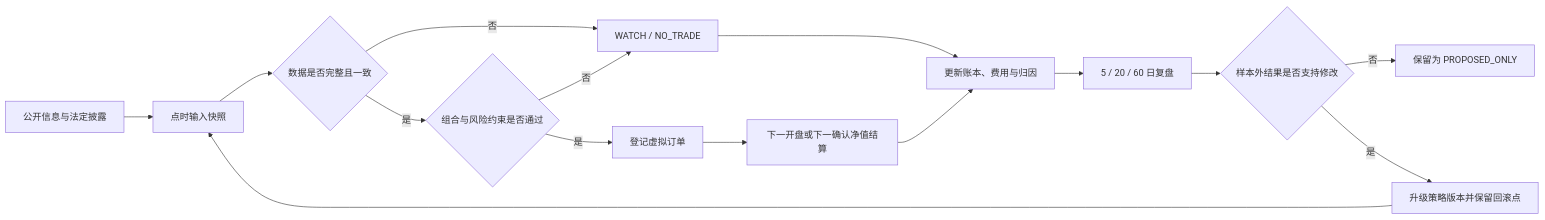
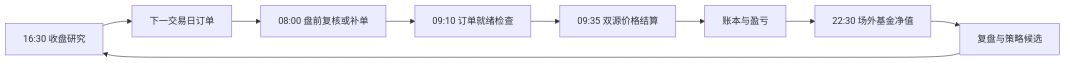
One commit to ARC0127/Vibe-Finance changed the diagram in README.md. Above: the diagram before and after it, drawn with Mermaid. The commit also changed other lines of this file and 14 other files, not shown here.

````diff
--- a/README.md
+++ b/README.md
@@ -85,17 +141,11 @@
 ```mermaid
 flowchart LR
-    A[公开信息与法定披露] --> B[点时输入快照]
-    B --> C{数据是否完整且一致}
-    C -->|否| D[WATCH / NO_TRADE]
-    C -->|是| E{组合与风险约束是否通过}
-    E -->|否| D
-    E -->|是| F[登记虚拟订单]
-    F --> G[下一开盘或下一确认净值结算]
-    G --> H[更新账本、费用与归因]
-    D --> H
-    H --> I[5 / 20 / 60 日复盘]
-    I --> J{样本外结果是否支持修改}
-    J -->|否| K[保留为 PROPOSED_ONLY]
-    J -->|是| L[升级策略版本并保留回滚点]
-    L --> B
+    A[16:30 收盘研究] --> B[下一交易日订单]
+    B --> C[08:00 盘前复核或补单]
+    C --> D[09:10 订单就绪检查]
+    D --> E[09:35 双源价格结算]
+    E --> F[账本与盈亏]
+    F --> G[22:30 场外基金净值]
+    G --> H[复盘与策略候选]
+    H --> A
 ```
````
